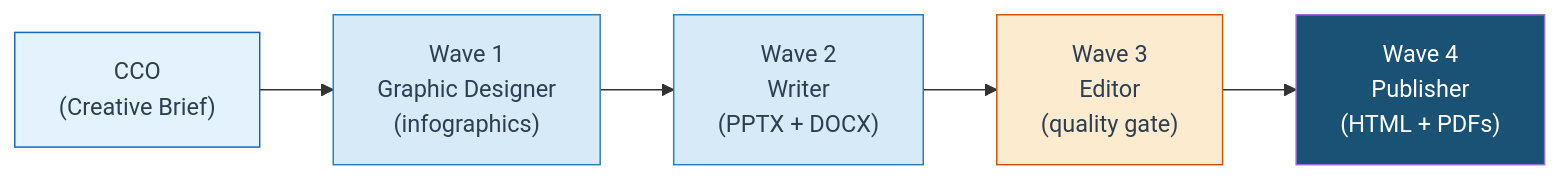
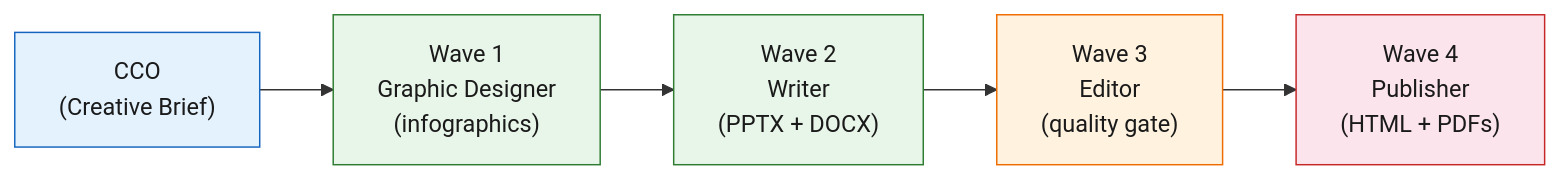
Before and after one commit to apatheticus/corporate-decision-panel: the eighth of 8 diagrams in docs/README.md, drawn with Mermaid. The commit also changed other lines of this file and 6 other files, not shown here.

````diff
--- a/docs/README.md
+++ b/docs/README.md
@@ -1712,19 +740,19 @@
 ```mermaid
 flowchart LR
     CCO["CCO\n(Creative Brief)"]
     GD["Wave 1\nGraphic Designer\n(infographics)"]
     W["Wave 2\nWriter\n(PPTX + DOCX)"]
     ED["Wave 3\nEditor\n(quality gate)"]
     PUB["Wave 4\nPublisher\n(HTML + PDFs)"]
 
     CCO --> GD
     GD --> W
     W --> ED
     ED --> PUB
 
-    style CCO fill:#e3f2fd,stroke:#1565c0,color:#2C3E50
-    style GD fill:#D6EAF8,stroke:#2980B9,color:#2C3E50
-    style W fill:#D6EAF8,stroke:#2980B9,color:#2C3E50
-    style ED fill:#FDEBD0,stroke:#D35400,color:#2C3E50
-    style PUB fill:#1A5276,color:#fff
+    style CCO fill:#e3f2fd,stroke:#1565c0,color:#1a1a1a
+    style GD fill:#e8f5e9,stroke:#2e7d32,color:#1a1a1a
+    style W fill:#e8f5e9,stroke:#2e7d32,color:#1a1a1a
+    style ED fill:#fff3e0,stroke:#ef6c00,color:#1a1a1a
+    style PUB fill:#fce4ec,stroke:#c62828,color:#1a1a1a
 ```
````
